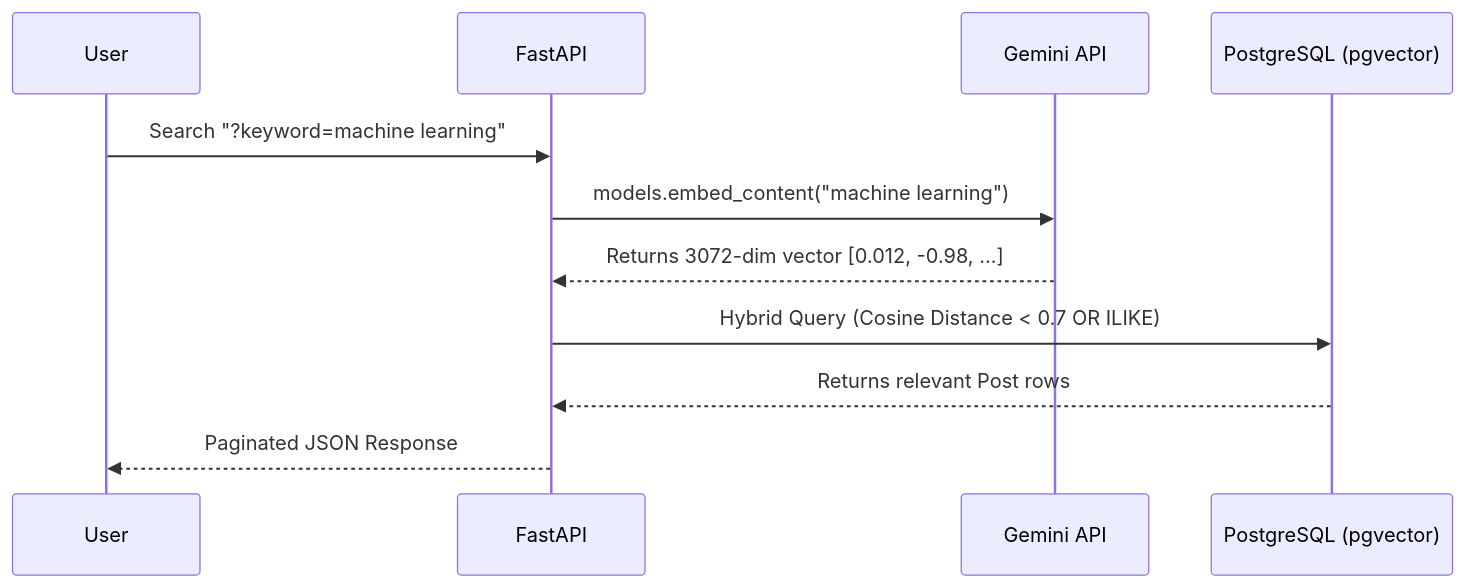
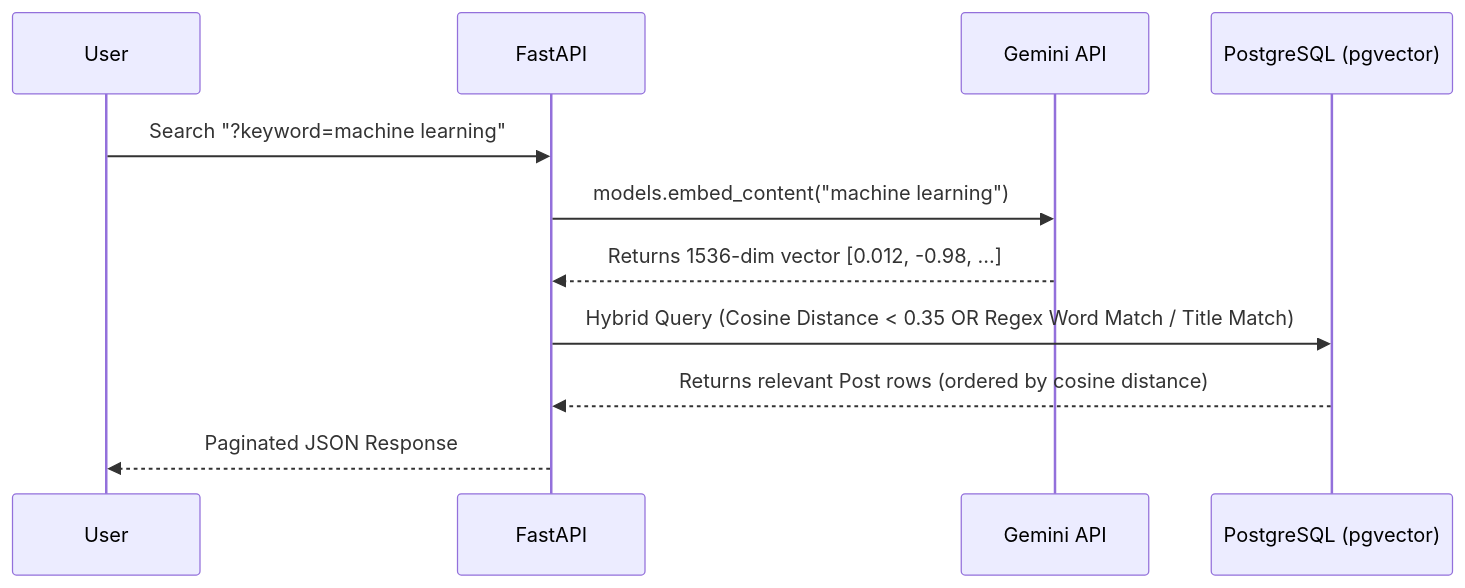
One commit to Shreyansh-kushw/Orbit changed the second of 2 diagrams in README.md. Above: the diagram before and after it, drawn with Mermaid. The commit also changed other lines of this file, not shown here.

````diff
--- a/README.md
+++ b/README.md
@@ -215,14 +216,14 @@
 ```mermaid
 sequenceDiagram
     participant User
     participant FastAPI
     participant Gemini API
     participant PostgreSQL (pgvector)
     
     User->>FastAPI: Search "?keyword=machine learning"
     FastAPI->>Gemini API: models.embed_content("machine learning")
-    Gemini API-->>FastAPI: Returns 3072-dim vector [0.012, -0.98, ...]
-    FastAPI->>PostgreSQL (pgvector): Hybrid Query (Cosine Distance < 0.7 OR ILIKE)
-    PostgreSQL (pgvector)-->>FastAPI: Returns relevant Post rows
+    Gemini API-->>FastAPI: Returns 1536-dim vector [0.012, -0.98, ...]
+    FastAPI->>PostgreSQL (pgvector): Hybrid Query (Cosine Distance < 0.35 OR Regex Word Match / Title Match)
+    PostgreSQL (pgvector)-->>FastAPI: Returns relevant Post rows (ordered by cosine distance)
     FastAPI-->>User: Paginated JSON Response
 ```
````
